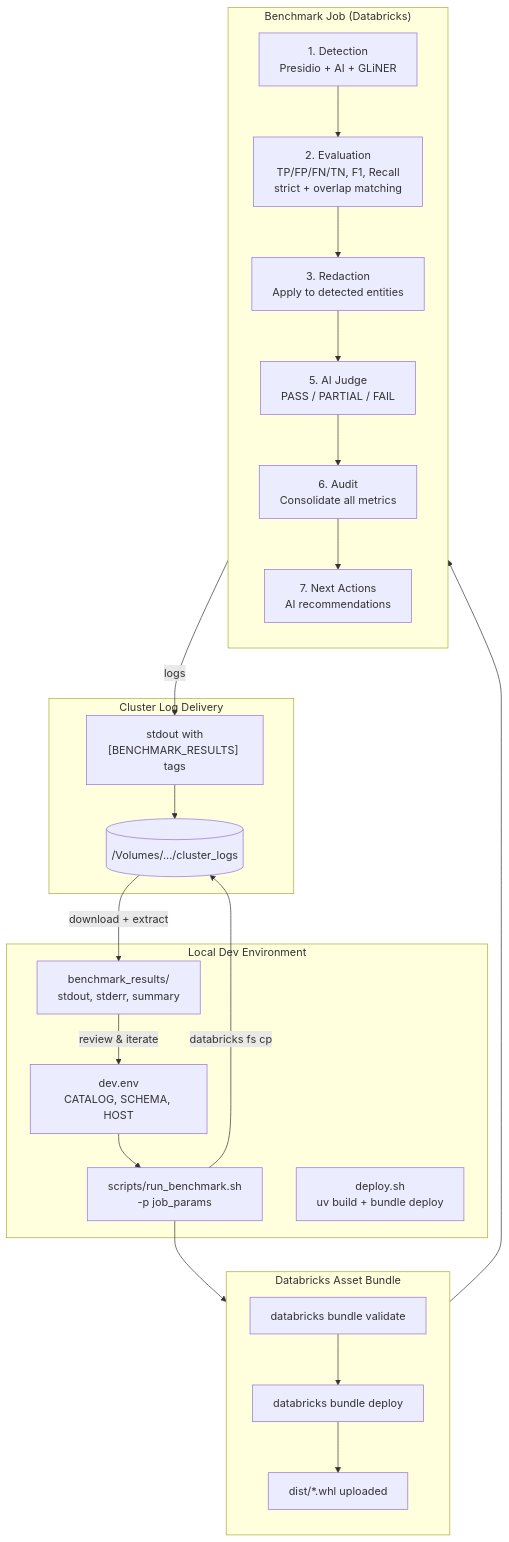
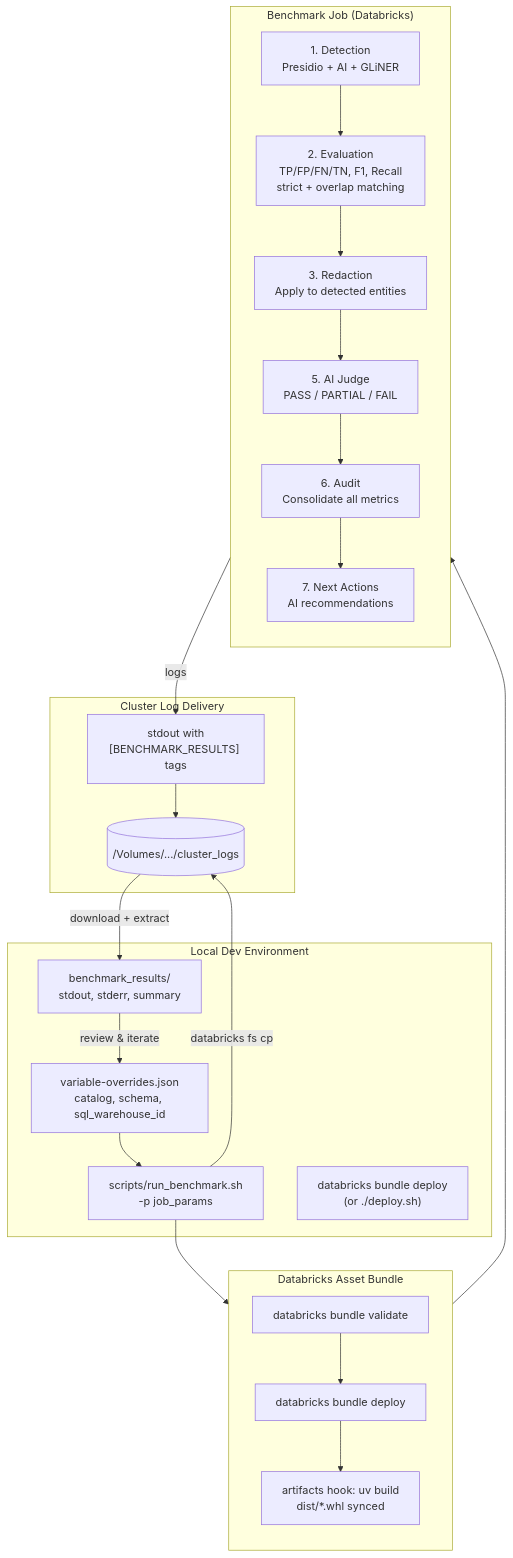
One commit to databricks-industry-solutions/dbxredact changed the fourth of 4 diagrams in README.md. Above: the diagram before and after it, drawn with Mermaid. The commit also changed other lines of this file and 56 other files, not shown here.

````diff
--- a/README.md
+++ b/README.md
@@ -300,41 +316,41 @@
 ```mermaid
 flowchart TB
     subgraph Local["Local Dev Environment"]
-        DEV["dev.env\nCATALOG, SCHEMA, HOST"]
+        DEV["variable-overrides.json\ncatalog, schema, sql_warehouse_id"]
         SCRIPT["scripts/run_benchmark.sh\n-p job_params"]
-        DEPLOY["deploy.sh\nuv build + bundle deploy"]
+        DEPLOY["databricks bundle deploy\n(or ./deploy.sh)"]
         LOGS["benchmark_results/\nstdout, stderr, summary"]
     end
 
     subgraph DAB["Databricks Asset Bundle"]
         direction TB
         VALIDATE["databricks bundle validate"]
         BDEPLOY["databricks bundle deploy"]
-        WHEEL["dist/*.whl uploaded"]
+        WHEEL["artifacts hook: uv build\ndist/*.whl synced"]
     end
 
     subgraph BenchmarkJob["Benchmark Job (Databricks)"]
         direction TB
         N1["1. Detection\nPresidio + AI + GLiNER"]
         N2["2. Evaluation\nTP/FP/FN/TN, F1, Recall\nstrict + overlap matching"]
         N3["3. Redaction\nApply to detected entities"]
         N5["5. AI Judge\nPASS / PARTIAL / FAIL"]
         N6["6. Audit\nConsolidate all metrics"]
         N7["7. Next Actions\nAI recommendations"]
 
         N1 --> N2 --> N3 --> N5 --> N6 --> N7
     end
 
     subgraph ClusterLogs["Cluster Log Delivery"]
         CL["stdout with\n[BENCHMARK_RESULTS] tags"]
         VOL[("/Volumes/.../cluster_logs")]
     end
 
     DEV --> SCRIPT
     SCRIPT --> VALIDATE --> BDEPLOY --> WHEEL
     WHEEL --> N1
     N7 -->|"logs"| CL --> VOL
     SCRIPT -->|"databricks fs cp"| VOL
     VOL -->|"download + extract"| LOGS
     LOGS -->|"review & iterate"| DEV
 ```
````
